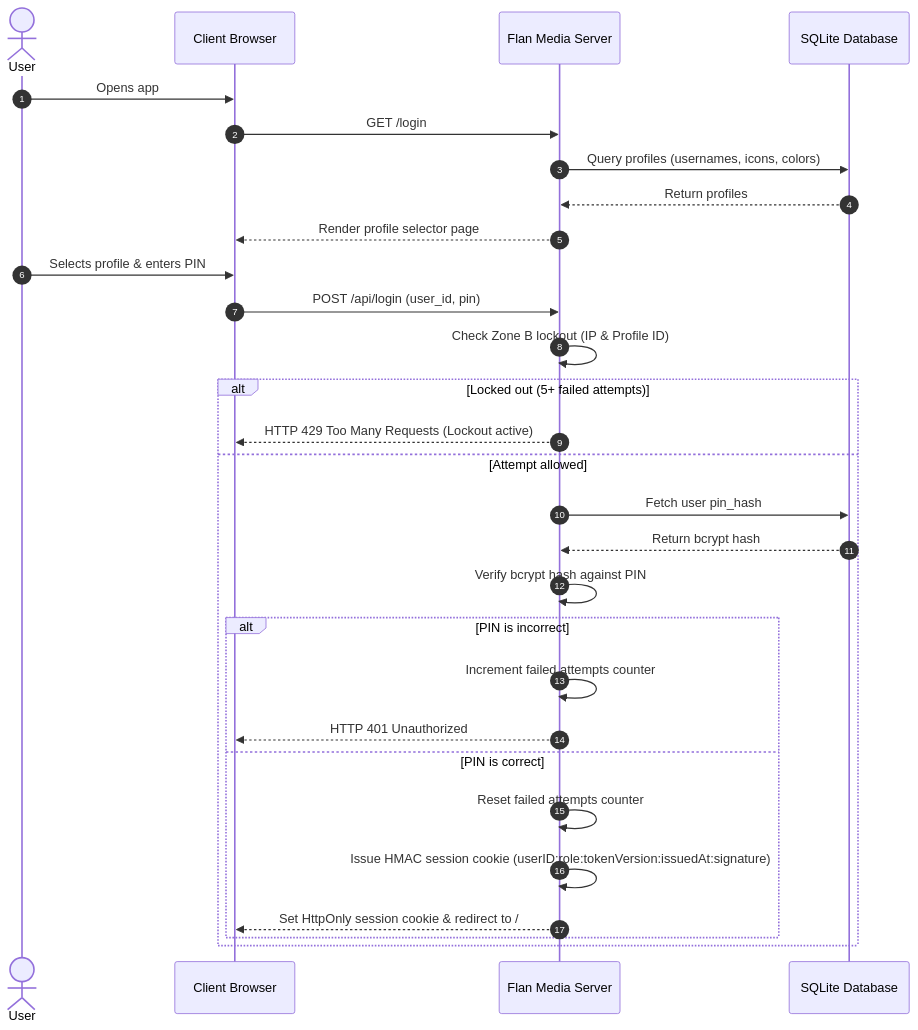
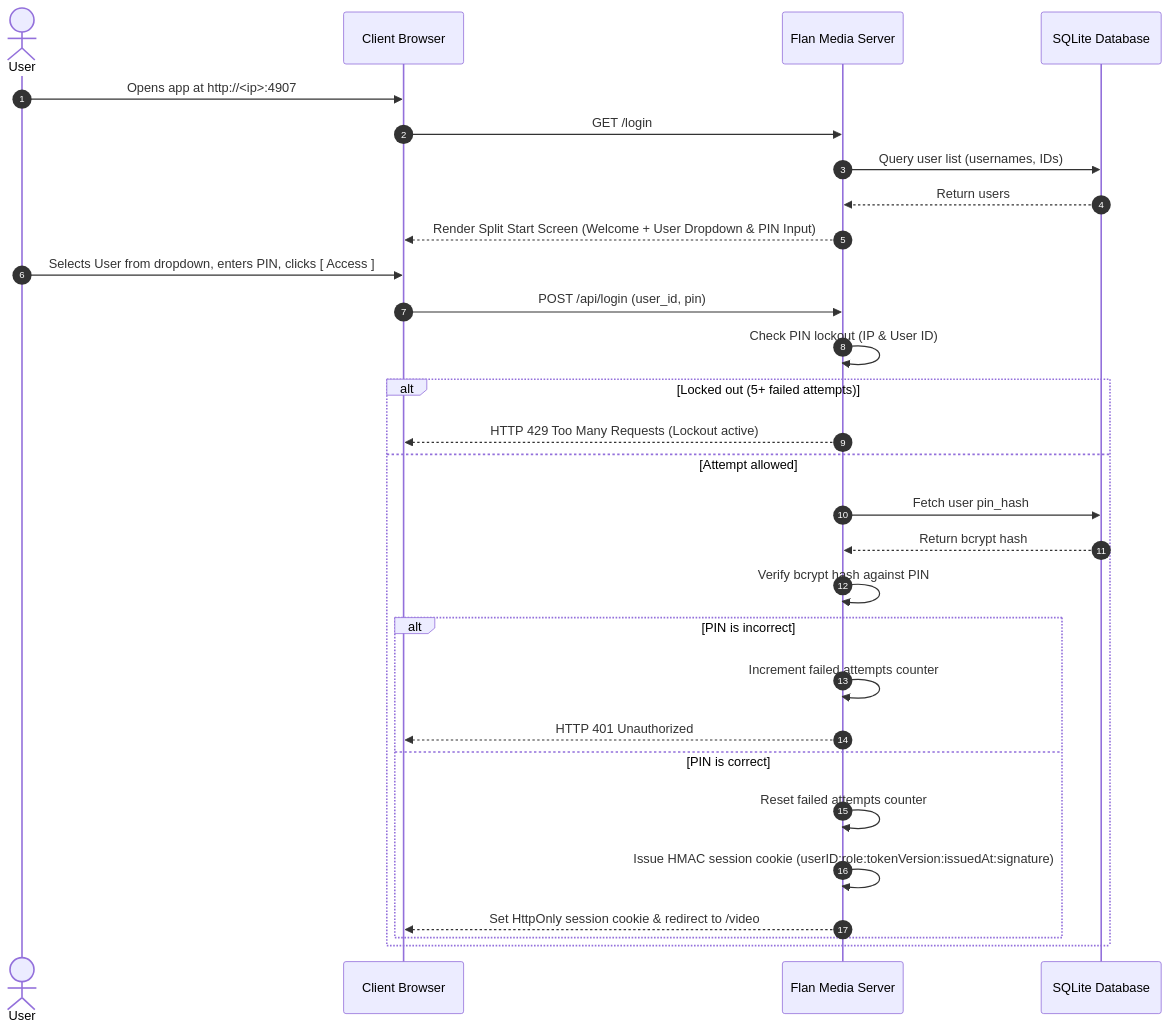
The second of 5 diagrams in docs/diagrams/user-flows.md (WesleyEsq/Flan-Media-Server), drawn with Mermaid before and after one commit. The commit also changed other lines of this file and 14 other files, not shown here.

````diff
--- a/docs/diagrams/user-flows.md
+++ b/docs/diagrams/user-flows.md
@@ -36,32 +32,32 @@
 ```mermaid
 sequenceDiagram
     autonumber
     actor User
     participant Browser as Client Browser
     participant Server as Flan Media Server
     participant DB as SQLite Database
 
-    User->>Browser: Opens app
+    User->>Browser: Opens app at http://<ip>:4907
     Browser->>Server: GET /login
-    Server->>DB: Query profiles (usernames, icons, colors)
-    DB-->>Server: Return profiles
-    Server-->>Browser: Render profile selector page
-    User->>Browser: Selects profile & enters PIN
+    Server->>DB: Query user list (usernames, IDs)
+    DB-->>Server: Return users
+    Server-->>Browser: Render Split Start Screen (Welcome + User Dropdown & PIN Input)
+    User->>Browser: Selects User from dropdown, enters PIN, clicks [ Access ]
     Browser->>Server: POST /api/login (user_id, pin)
-    Server->>Server: Check Zone B lockout (IP & Profile ID)
+    Server->>Server: Check PIN lockout (IP & User ID)
     alt Locked out (5+ failed attempts)
         Server-->>Browser: HTTP 429 Too Many Requests (Lockout active)
     else Attempt allowed
         Server->>DB: Fetch user pin_hash
         DB-->>Server: Return bcrypt hash
         Server->>Server: Verify bcrypt hash against PIN
         alt PIN is incorrect
             Server->>Server: Increment failed attempts counter
             Server-->>Browser: HTTP 401 Unauthorized
         else PIN is correct
             Server->>Server: Reset failed attempts counter
             Server->>Server: Issue HMAC session cookie (userID:role:tokenVersion:issuedAt:signature)
-            Server-->>Browser: Set HttpOnly session cookie & redirect to /
+            Server-->>Browser: Set HttpOnly session cookie & redirect to /video
         end
     end
 ```
````
